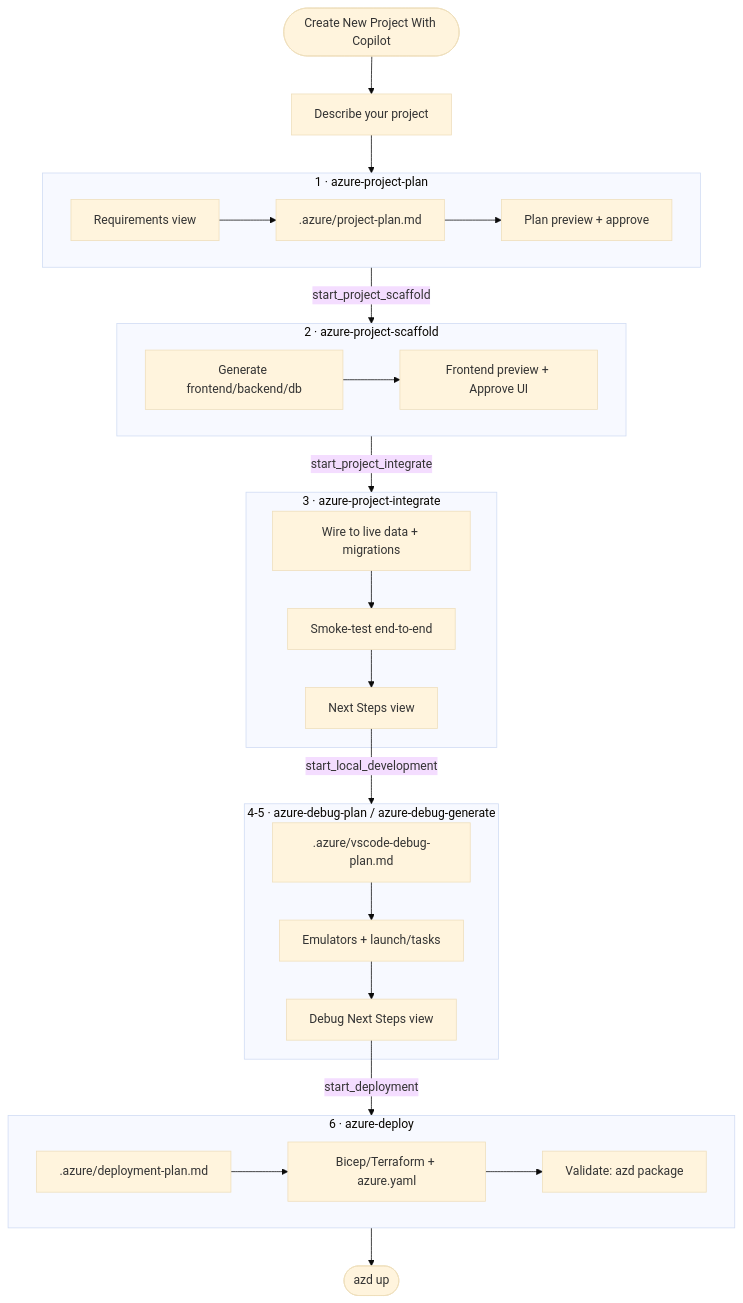
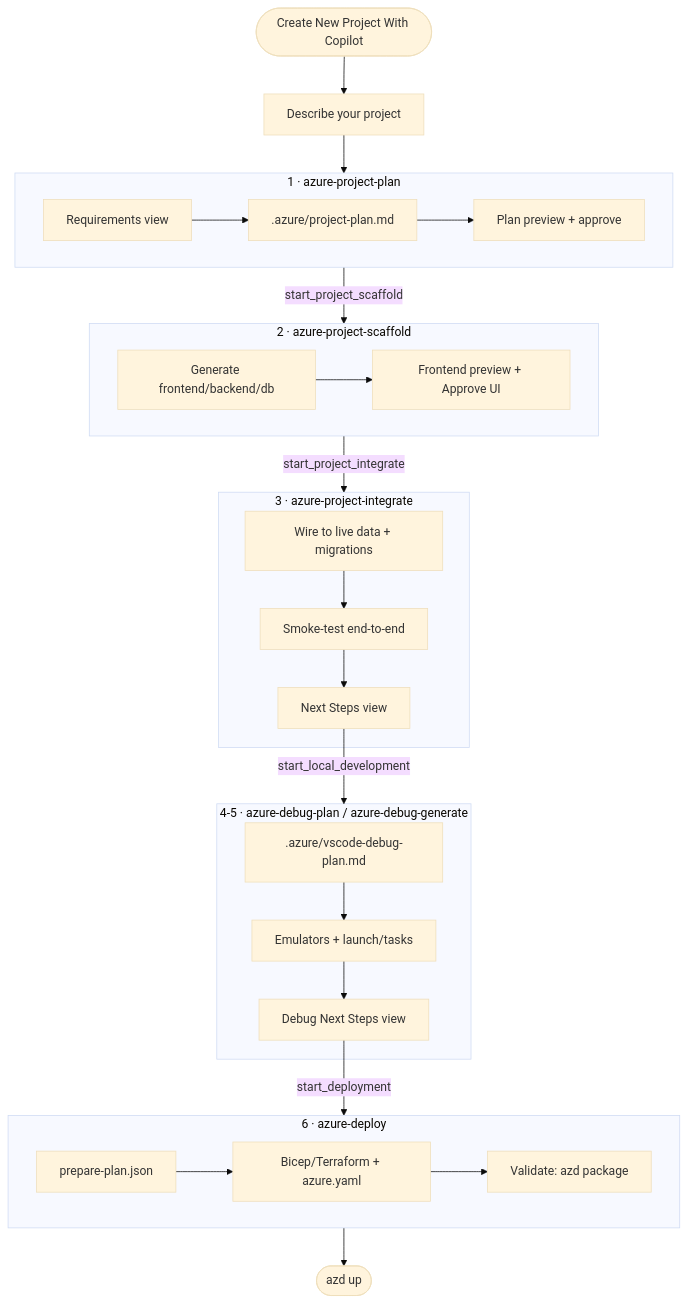
Before and after one commit to microsoft/vscode-azureresourcegroups: the diagram in docs/copilot-create-project.md, drawn with Mermaid (base theme). The commit also changed other lines of this file and 21 other files, not shown here.

````diff
--- a/docs/copilot-create-project.md
+++ b/docs/copilot-create-project.md
@@ -69,35 +69,35 @@
 ```mermaid
 flowchart TD
     Start([Create New Project With Copilot]) --> Prompt[Describe your project]
     Prompt --> Plan
 
     subgraph Plan[1 · azure-project-plan]
         Req[Requirements view] --> PlanDoc[.azure/project-plan.md] --> PlanView[Plan preview + approve]
     end
 
     Plan -->|start_project_scaffold| Scaffold
 
     subgraph Scaffold[2 · azure-project-scaffold]
         Gen[Generate frontend/backend/db] --> Preview[Frontend preview + Approve UI]
     end
 
     Scaffold -->|start_project_integrate| Integrate
 
     subgraph Integrate[3 · azure-project-integrate]
         Wire[Wire to live data + migrations] --> Smoke[Smoke-test end-to-end] --> Next1[Next Steps view]
     end
 
     Next1 -->|start_local_development| Debug
 
     subgraph Debug[4-5 · azure-debug-plan / azure-debug-generate]
         DbgPlan[.azure/vscode-debug-plan.md] --> DbgGen[Emulators + launch/tasks] --> Next2[Debug Next Steps view]
     end
 
     Next2 -->|start_deployment| Deploy
 
     subgraph Deploy[6 · azure-deploy]
-        DepPlan[.azure/deployment-plan.md] --> Infra[Bicep/Terraform + azure.yaml] --> AzdPkg[Validate: azd package]
+        DepPlan[prepare-plan.json] --> Infra[Bicep/Terraform + azure.yaml] --> AzdPkg[Validate: azd package]
     end
 
     Deploy --> Done([azd up])
 ```
````
